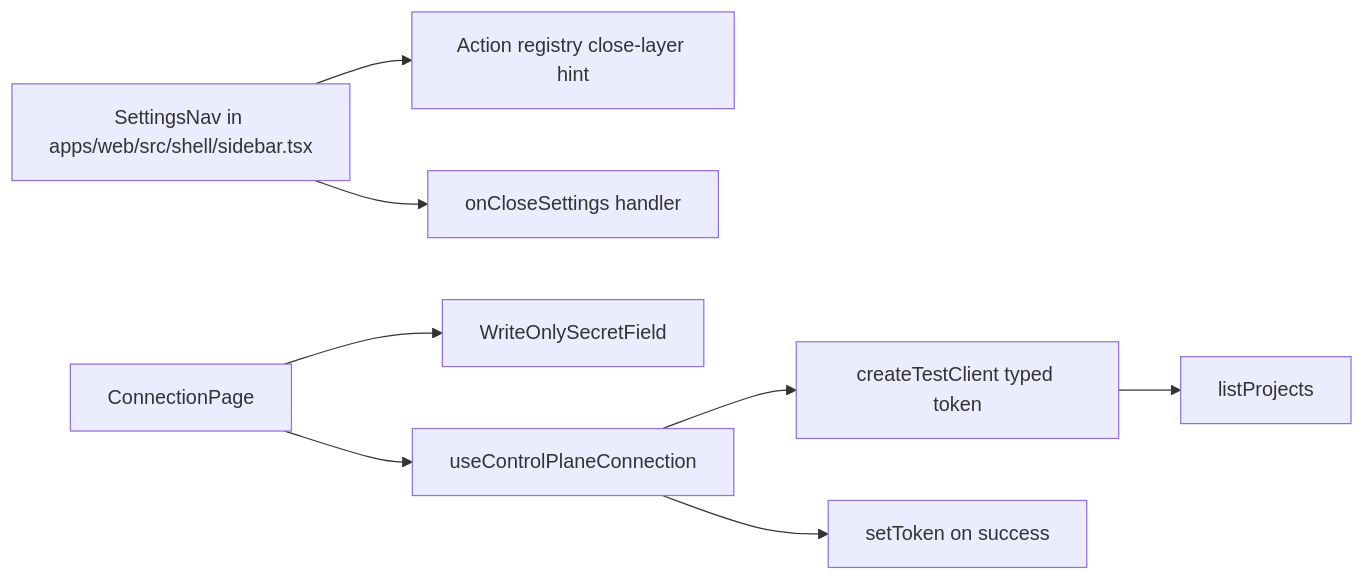
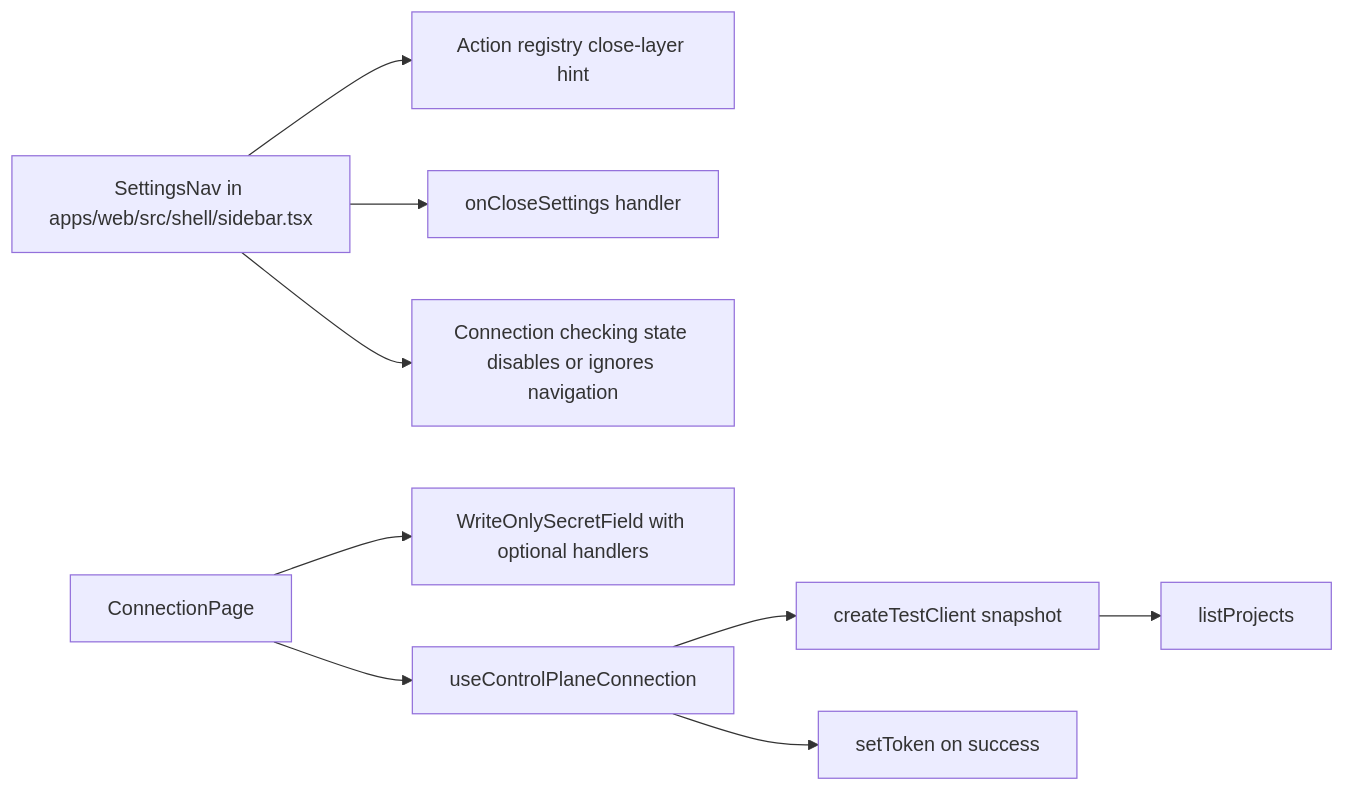
Before and after one commit to markdstafford/autocatalyst: the third of 4 diagrams in context-human/specs/feature-settings-back-button-connection-apply-on-commit.md, drawn with Mermaid. The commit also changed other lines of this file, not shown here.

Commit message:
docs: revise feature spec settings-back-button-connection-apply-on-commit

````diff
--- a/context-human/specs/feature-settings-back-button-connection-apply-on-commit.md
+++ b/context-human/specs/feature-settings-back-button-connection-apply-on-commit.md
@@ -151,10 +199,11 @@
 ```mermaid
 graph LR
     Sidebar[SettingsNav in apps/web/src/shell/sidebar.tsx] --> Registry[Action registry close-layer hint]
     Sidebar --> Close[onCloseSettings handler]
-    ConnectionPage[ConnectionPage] --> SecretField[WriteOnlySecretField]
+    Sidebar --> Pending[Connection checking state disables or ignores navigation]
+    ConnectionPage[ConnectionPage] --> SecretField[WriteOnlySecretField with optional handlers]
     ConnectionPage --> Provider[useControlPlaneConnection]
-    Provider --> TestClient[createTestClient typed token]
+    Provider --> TestClient[createTestClient snapshot]
     TestClient --> API[listProjects]
     Provider --> Store[setToken on success]
 ```
````
